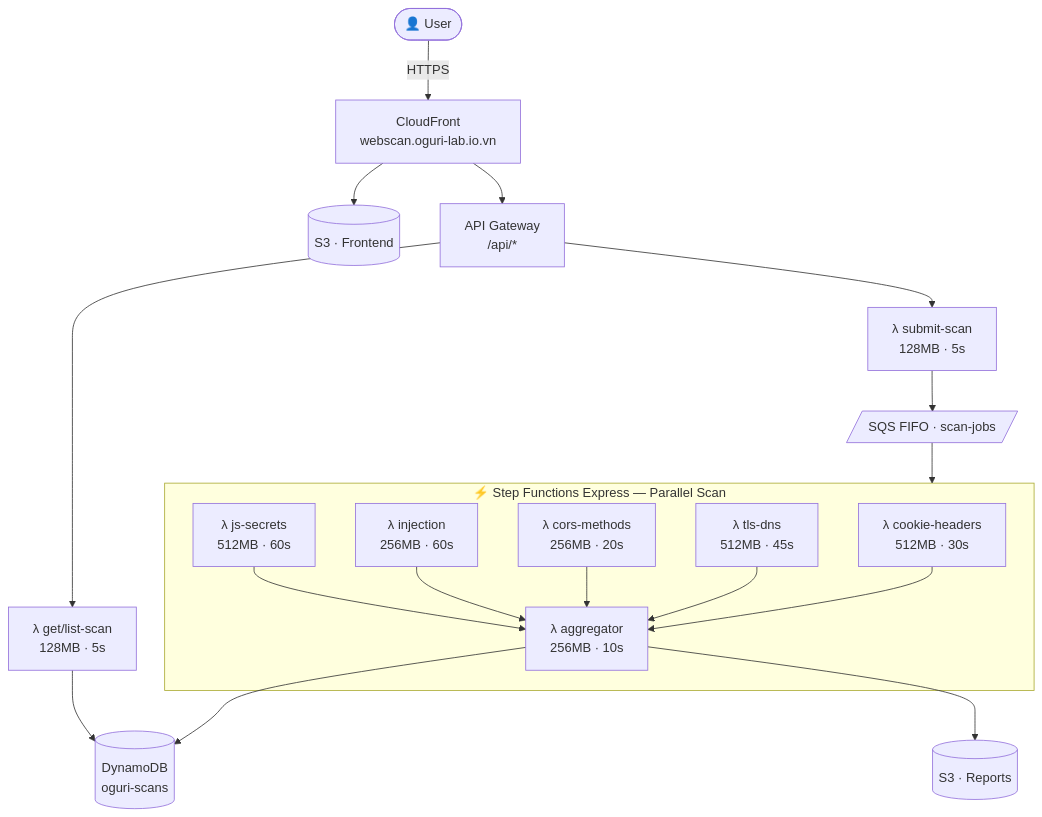
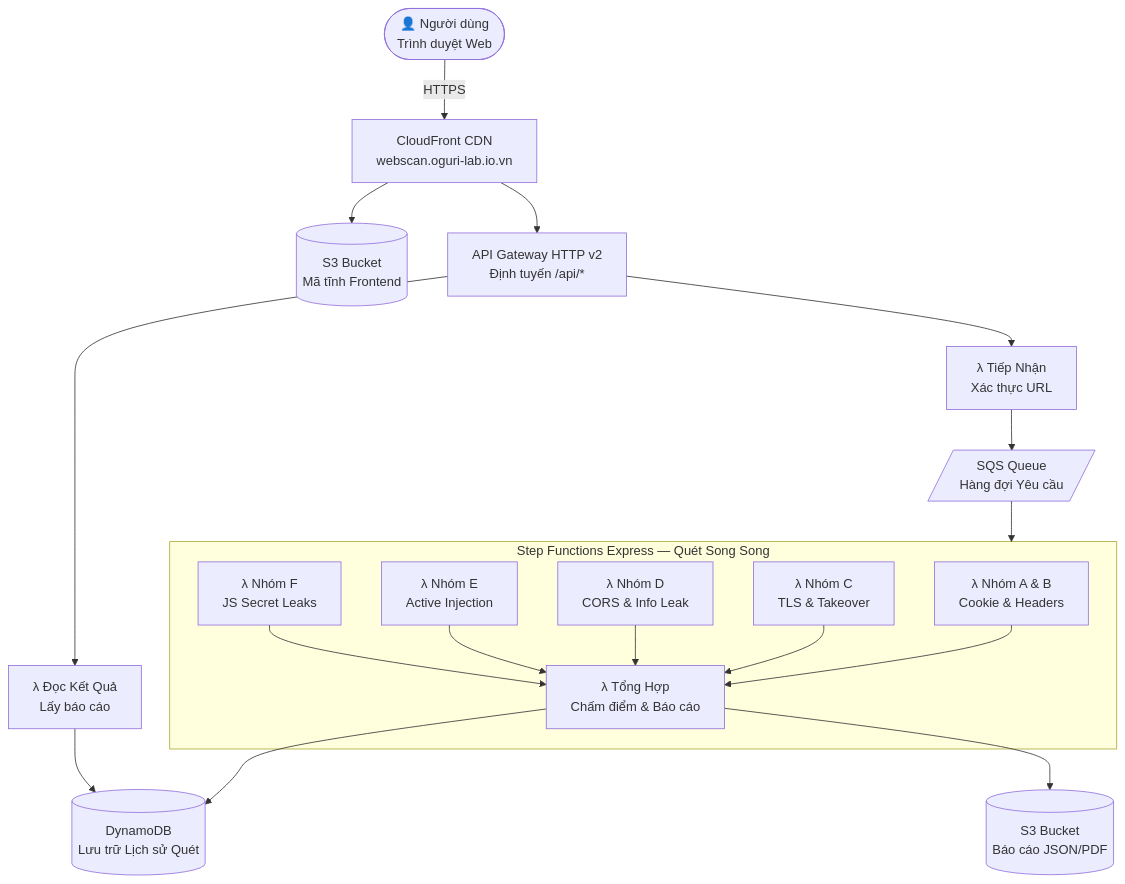
The first of 2 diagrams in DEPLOY.md (flyingdoggoo/oguri-scan), drawn with Mermaid before and after one commit. The commit also changed other lines of this file and 76 other files, not shown here.

````diff
--- a/DEPLOY.md
+++ b/DEPLOY.md
@@ -11,33 +14,33 @@
 ```mermaid
 flowchart TD
-    User(["👤 User"])
-    CF["CloudFront<br/>webscan.oguri-lab.io.vn"]
-    S3FE[("S3 · Frontend")]
-    APIGW["API Gateway<br/>/api/*"]
-    SQS[/"SQS FIFO · scan-jobs"/]
+    User(["👤 Người dùng<br/>Trình duyệt Web"])
+    CF["CloudFront CDN<br/>webscan.oguri-lab.io.vn"]
+    S3FE[("S3 Bucket<br/>Mã tĩnh Frontend")]
+    APIGW["API Gateway HTTP v2<br/>Định tuyến /api/*"]
+    SQS[/"SQS Queue<br/>Hàng đợi Yêu cầu"/]
 
-    subgraph SF["⚡ Step Functions Express — Parallel Scan"]
-        LA["λ cookie-headers<br/>512MB · 30s"]
-        LB["λ tls-dns<br/>512MB · 45s"]
-        LC["λ cors-methods<br/>256MB · 20s"]
-        LD["λ injection<br/>256MB · 60s"]
-        LE["λ js-secrets<br/>512MB · 60s"]
-        LAGG["λ aggregator<br/>256MB · 10s"]
+    subgraph SF["Step Functions Express — Quét Song Song"]
+        LA["λ Nhóm A & B<br/>Cookie & Headers"]
+        LB["λ Nhóm C<br/>TLS & Takeover"]
+        LC["λ Nhóm D<br/>CORS & Info Leak"]
+        LD["λ Nhóm E<br/>Active Injection"]
+        LE["λ Nhóm F<br/>JS Secret Leaks"]
+        LAGG["λ Tổng Hợp<br/>Chấm điểm & Báo cáo"]
     end
 
-    L0["λ submit-scan<br/>128MB · 5s"]
-    LR["λ get/list-scan<br/>128MB · 5s"]
-    DDB[("DynamoDB<br/>oguri-scans")]
-    S3R[("S3 · Reports")]
+    L0["λ Tiếp Nhận<br/>Xác thực URL"]
+    LR["λ Đọc Kết Quả<br/>Lấy báo cáo"]
+    DDB[("DynamoDB<br/>Lưu trữ Lịch sử Quét")]
+    S3R[("S3 Bucket<br/>Báo cáo JSON/PDF")]
 
     User -->|HTTPS| CF
     CF --> S3FE
     CF --> APIGW
     APIGW --> L0
     APIGW --> LR
     L0 --> SQS --> SF
     LA & LB & LC & LD & LE --> LAGG
     LAGG --> DDB
     LAGG --> S3R
     LR --> DDB
 ```
````
